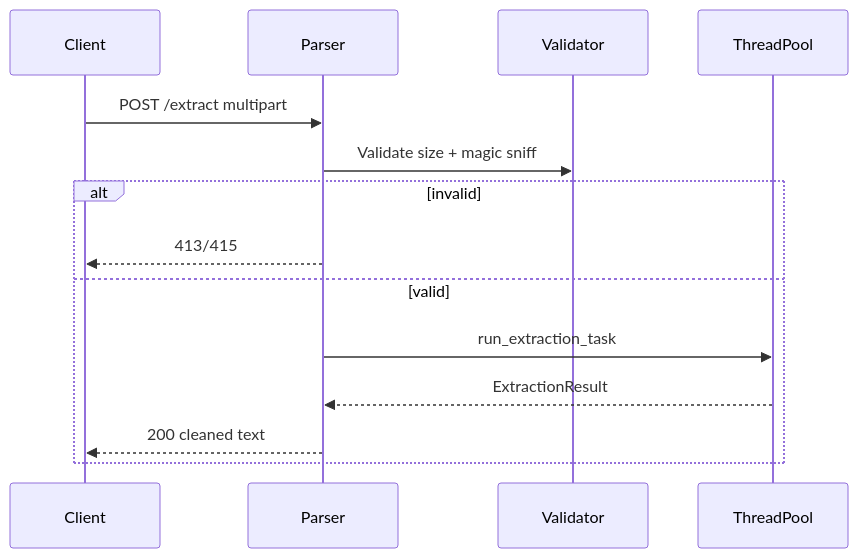
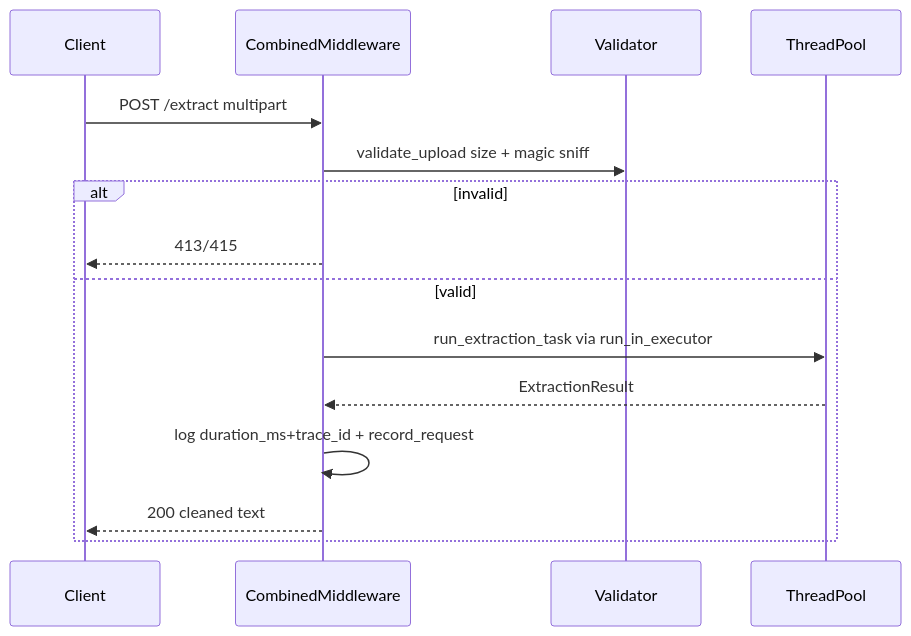
One commit to kunalPisolkar24/detectAI changed the second of 4 diagrams in services/document-parser/docs/01-architecture.md. Above: the diagram before and after it, drawn with Mermaid. The commit also changed other lines of this file and 4 other files, not shown here.

````diff
--- a/services/document-parser/docs/01-architecture.md
+++ b/services/document-parser/docs/01-architecture.md
@@ -22,16 +22,17 @@
 ```mermaid
 sequenceDiagram
     participant Client
-    participant DP as Parser
+    participant CM as CombinedMiddleware
     participant V as Validator
     participant Pool as ThreadPool
-    Client->>DP: POST /extract multipart
-    DP->>V: Validate size + magic sniff
+    Client->>CM: POST /extract multipart
+    CM->>V: validate_upload size + magic sniff
     alt invalid
-        DP-->>Client: 413/415
+        CM-->>Client: 413/415
     else valid
-        DP->>Pool: run_extraction_task
-        Pool-->>DP: ExtractionResult
-        DP-->>Client: 200 cleaned text
+        CM->>Pool: run_extraction_task via run_in_executor
+        Pool-->>CM: ExtractionResult
+        CM->>CM: log duration_ms+trace_id + record_request
+        CM-->>Client: 200 cleaned text
     end
 ```
````
